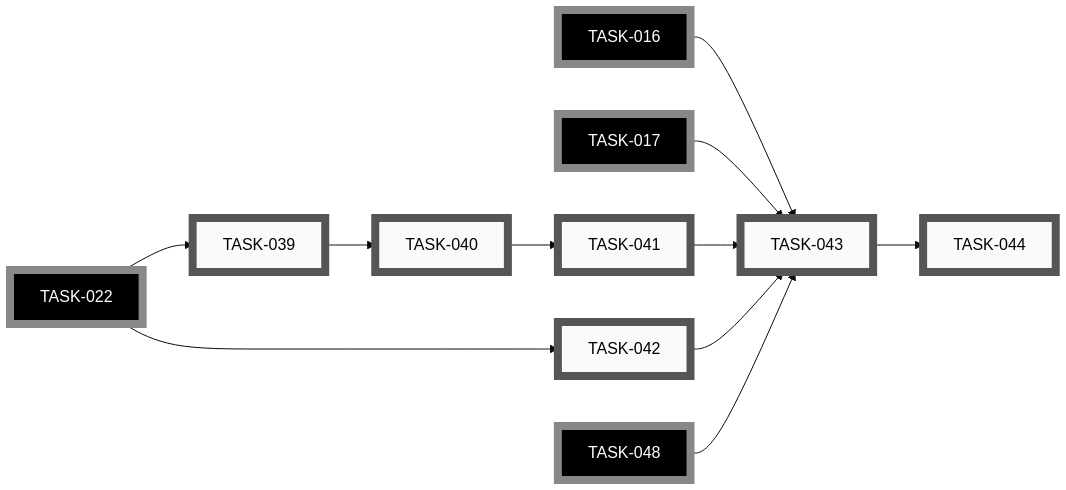
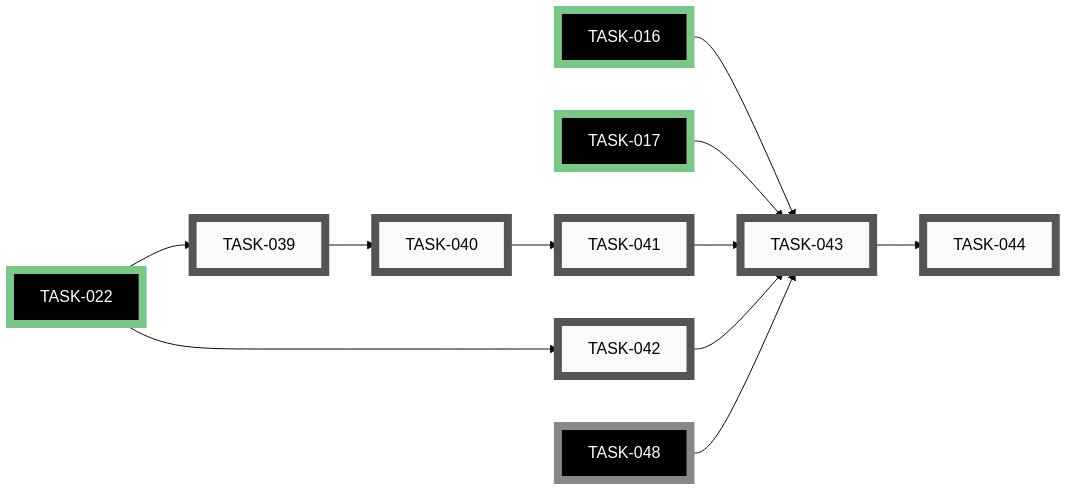
One commit to tgd1975/PartsLedger changed the sixth of 9 diagrams in docs/developers/tasks/EPICS.md. Above: the diagram before and after it, drawn with Mermaid (base theme). The commit also changed other lines of this file and 25 other files, not shown here.

````diff
--- a/docs/developers/tasks/EPICS.md
+++ b/docs/developers/tasks/EPICS.md
@@ -302,41 +302,41 @@
 ```mermaid
 graph LR
     TASK_039["TASK-039"]:::open
     TASK_040["TASK-040"]:::open
     TASK_041["TASK-041"]:::open
     TASK_042["TASK-042"]:::open
     TASK_043["TASK-043"]:::open
     TASK_044["TASK-044"]:::open
-    TASK_016["TASK-016"]:::openExt
-    TASK_017["TASK-017"]:::openExt
-    TASK_022["TASK-022"]:::openExt
+    TASK_016["TASK-016"]:::closedExt
+    TASK_017["TASK-017"]:::closedExt
+    TASK_022["TASK-022"]:::closedExt
     TASK_048["TASK-048"]:::openExt
     TASK_022 --> TASK_039
     TASK_039 --> TASK_040
     TASK_040 --> TASK_041
     TASK_022 --> TASK_042
     TASK_016 --> TASK_043
     TASK_017 --> TASK_043
     TASK_041 --> TASK_043
     TASK_042 --> TASK_043
     TASK_048 --> TASK_043
     TASK_043 --> TASK_044
     click TASK_039 "open/task-039-recognition-embed-module.md"
     click TASK_040 "open/task-040-recognition-cache-module.md"
     click TASK_041 "open/task-041-cache-only-banded-recognition.md"
     click TASK_042 "open/task-042-vlm-adapter.md"
     click TASK_043 "open/task-043-recognition-pipeline-glue.md"
     click TASK_044 "open/task-044-undo-journal.md"
-    click TASK_016 "open/task-016-inventory-writer-module.md"
-    click TASK_017 "open/task-017-inventory-lint-module.md"
-    click TASK_022 "open/task-022-adopt-src-layout.md"
+    click TASK_016 "closed/task-016-inventory-writer-module.md"
+    click TASK_017 "closed/task-017-inventory-lint-module.md"
+    click TASK_022 "closed/task-022-adopt-src-layout.md"
     click TASK_048 "open/task-048-enrichment-orchestrator.md"
     classDef open    fill:#FAFAFA,stroke:#555,stroke-width:8px,color:#000
     classDef active  fill:#FAFAFA,stroke:#1A6FA8,stroke-width:8px,color:#000
     classDef closed  fill:#FAFAFA,stroke:#3F8B53,stroke-width:8px,color:#000
     classDef paused  fill:#FAFAFA,stroke:#B07810,stroke-width:8px,color:#000
     classDef openExt    fill:#000,stroke:#888,stroke-width:8px,color:#FFF
     classDef activeExt  fill:#000,stroke:#3FA9F5,stroke-width:8px,color:#FFF
     classDef closedExt  fill:#000,stroke:#7CC68A,stroke-width:8px,color:#FFF
     classDef pausedExt  fill:#000,stroke:#F0B030,stroke-width:8px,color:#FFF
 ```
````
